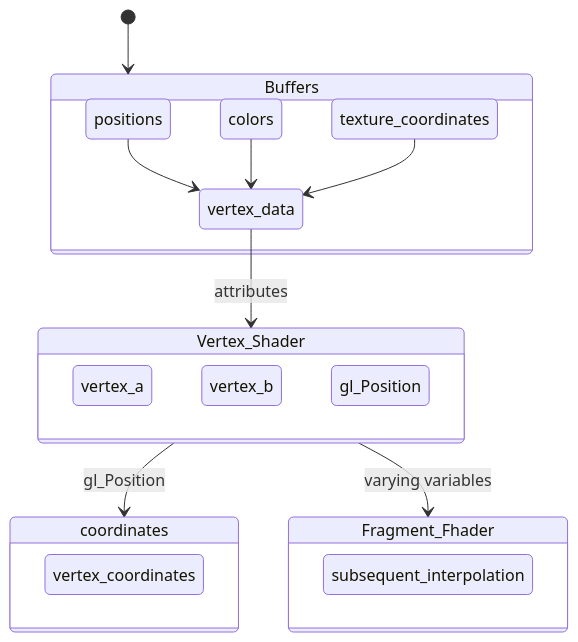
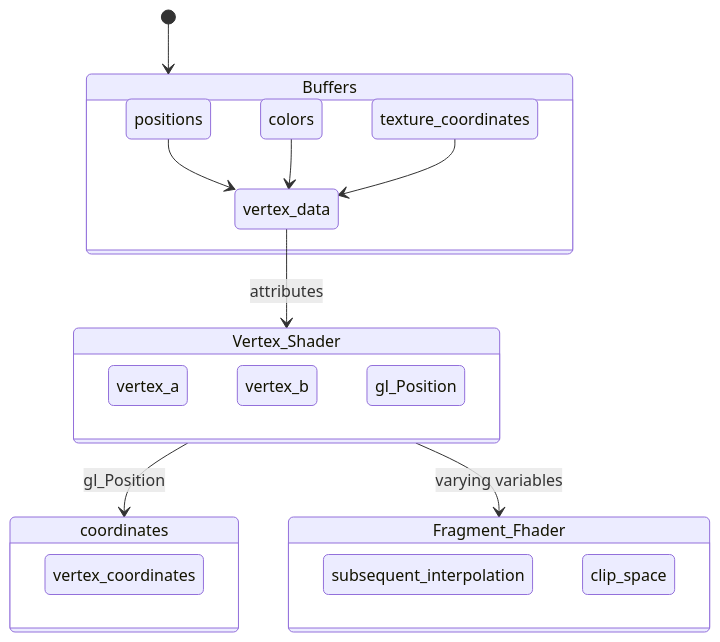
The diagram in books/WebGL2 Fundamentals/How WebGL2 Works.md (softtiny/integrate-), drawn with Mermaid before and after one commit.

Commit message:
:construction: Work in progress.

````diff
--- a/books/WebGL2 Fundamentals/How WebGL2 Works.md
+++ b/books/WebGL2 Fundamentals/How WebGL2 Works.md
@@ -10,27 +10,30 @@
 ```mermaid
 stateDiagram-v2
     [*] --> Buffers
     state Buffers {
        positions --> vertex_data
        colors --> vertex_data
         texture_coordinates --> vertex_data
     }
 
     state Vertex_Shader {
       vertex_a
       vertex_b
       gl_Position 
     }
     state coordinates {
          vertex_coordinates 
     }
     vertex_data --> Vertex_Shader :attributes
     Vertex_Shader --> coordinates :gl_Position 
     state Fragment_Fhader {
          subsequent_interpolation
+         clip_space 
+
+
     }
     Vertex_Shader --> Fragment_Fhader :varying variables
 
  
 
 ```
````
